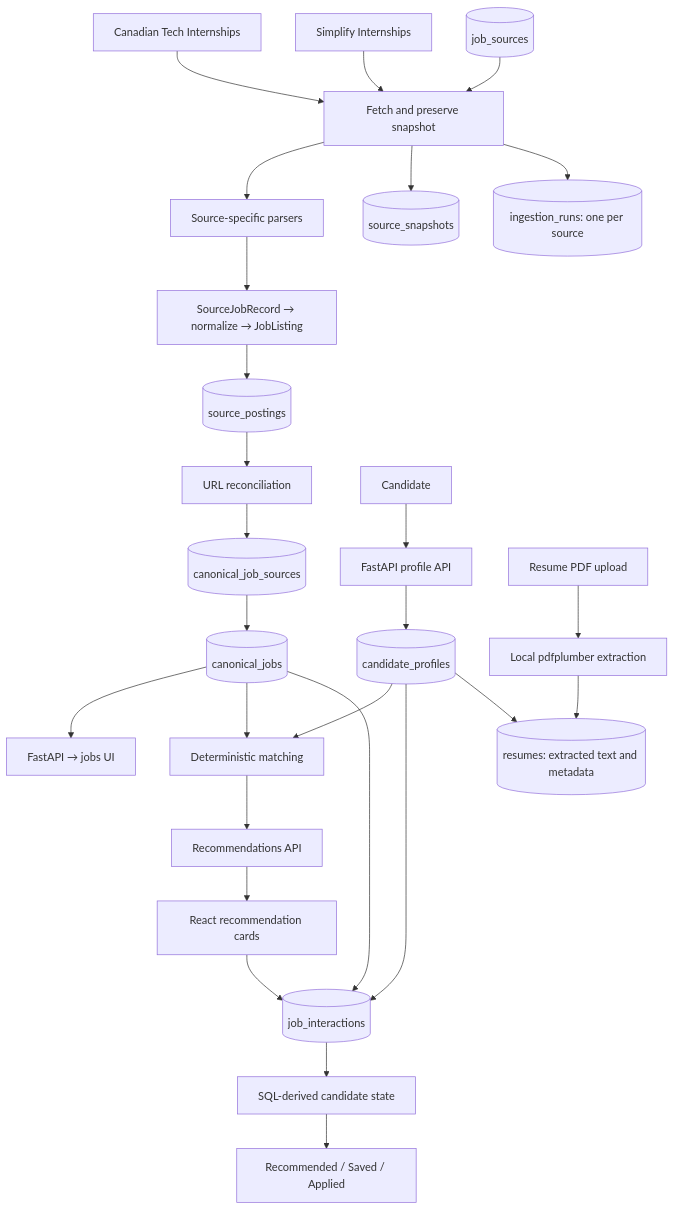
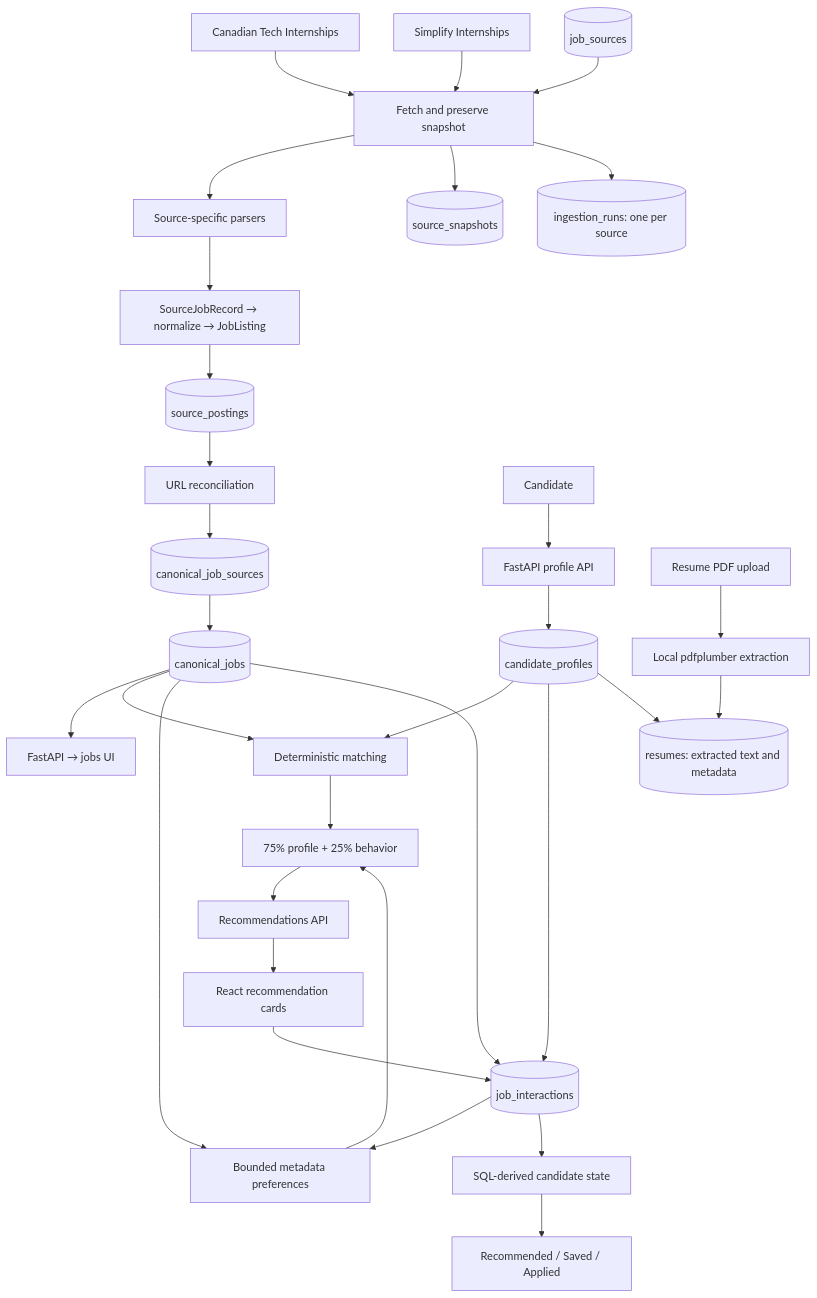
One commit to aymaanalamgir/internshipfeed changed the diagram in README.md. Above: the diagram before and after it, drawn with Mermaid. The commit also changed other lines of this file and 56 other files, not shown here.

````diff
--- a/README.md
+++ b/README.md
@@ -7,29 +7,33 @@
 ```mermaid
 flowchart TD
     A[Canadian Tech Internships] --> F[Fetch and preserve snapshot]
     B[Simplify Internships] --> F
     F --> P[Source-specific parsers]
     P --> N[SourceJobRecord → normalize → JobListing]
     N --> SP[(source_postings)]
     SP --> R[URL reconciliation]
     R --> MAP[(canonical_job_sources)]
     MAP --> C[(canonical_jobs)]
     C --> API[FastAPI → jobs UI]
     F --> SS[(source_snapshots)]
     F --> RUN[(ingestion_runs: one per source)]
     JS[(job_sources)] --> F
     CAND[Candidate] --> PROFILE[FastAPI profile API]
     PROFILE --> CP[(candidate_profiles)]
     CP --> MATCH[Deterministic matching]
     C --> MATCH
-    MATCH --> RECS[Recommendations API]
+    MATCH --> RANK[75% profile + 25% behavior]
+    RANK --> RECS[Recommendations API]
     RECS --> CARDS[React recommendation cards]
     CARDS --> E[(job_interactions)]
+    E --> BEHAVIOR[Bounded metadata preferences]
+    C --> BEHAVIOR
+    BEHAVIOR --> RANK
     E --> STATE[SQL-derived candidate state]
     STATE --> VIEWS[Recommended / Saved / Applied]
     CP[(candidate_profiles)] --> E[(job_interactions)]
     C --> E
     CP --> RES[(resumes: extracted text and metadata)]
     PDF[Resume PDF upload] --> EXTRACT[Local pdfplumber extraction]
     EXTRACT --> RES
 ```
````
